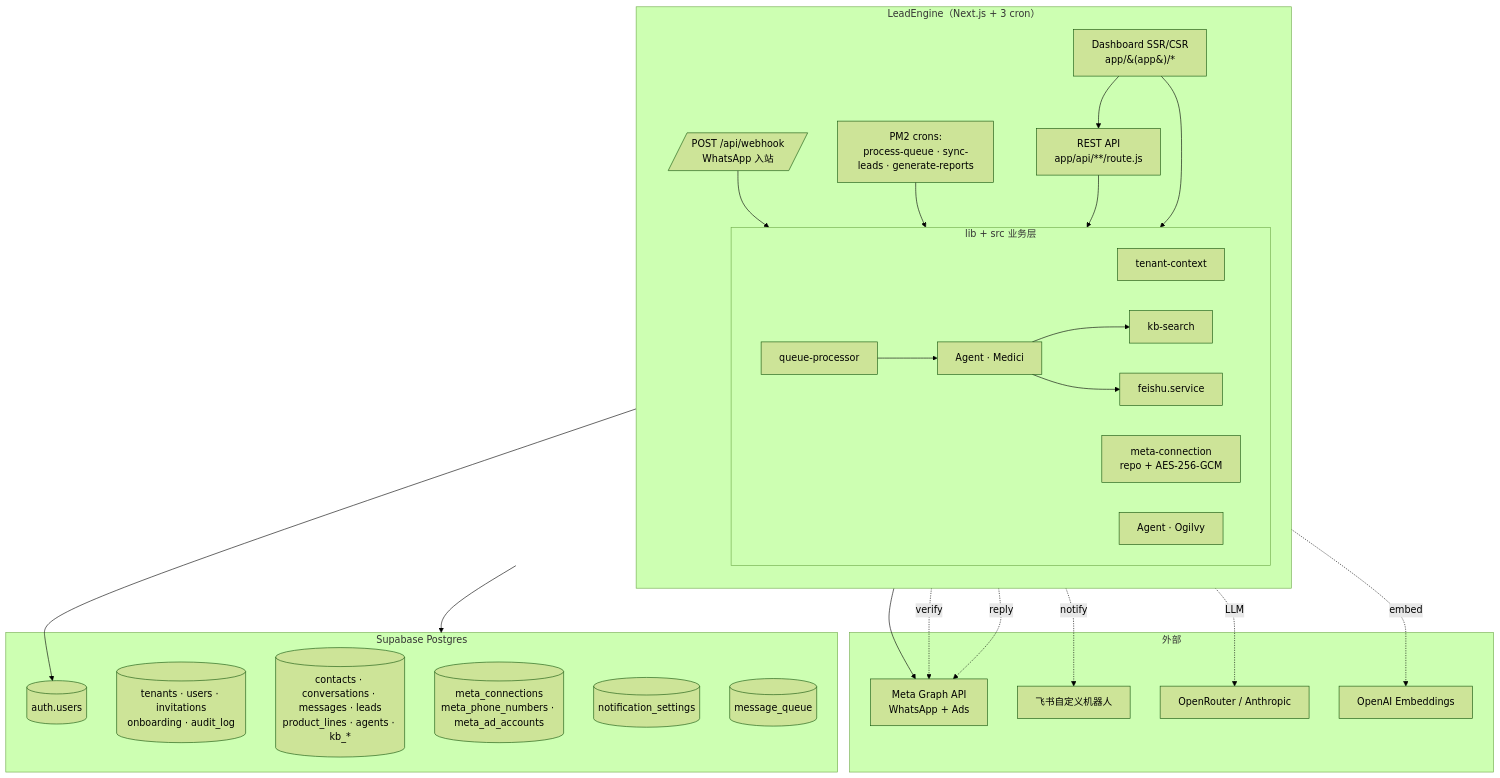
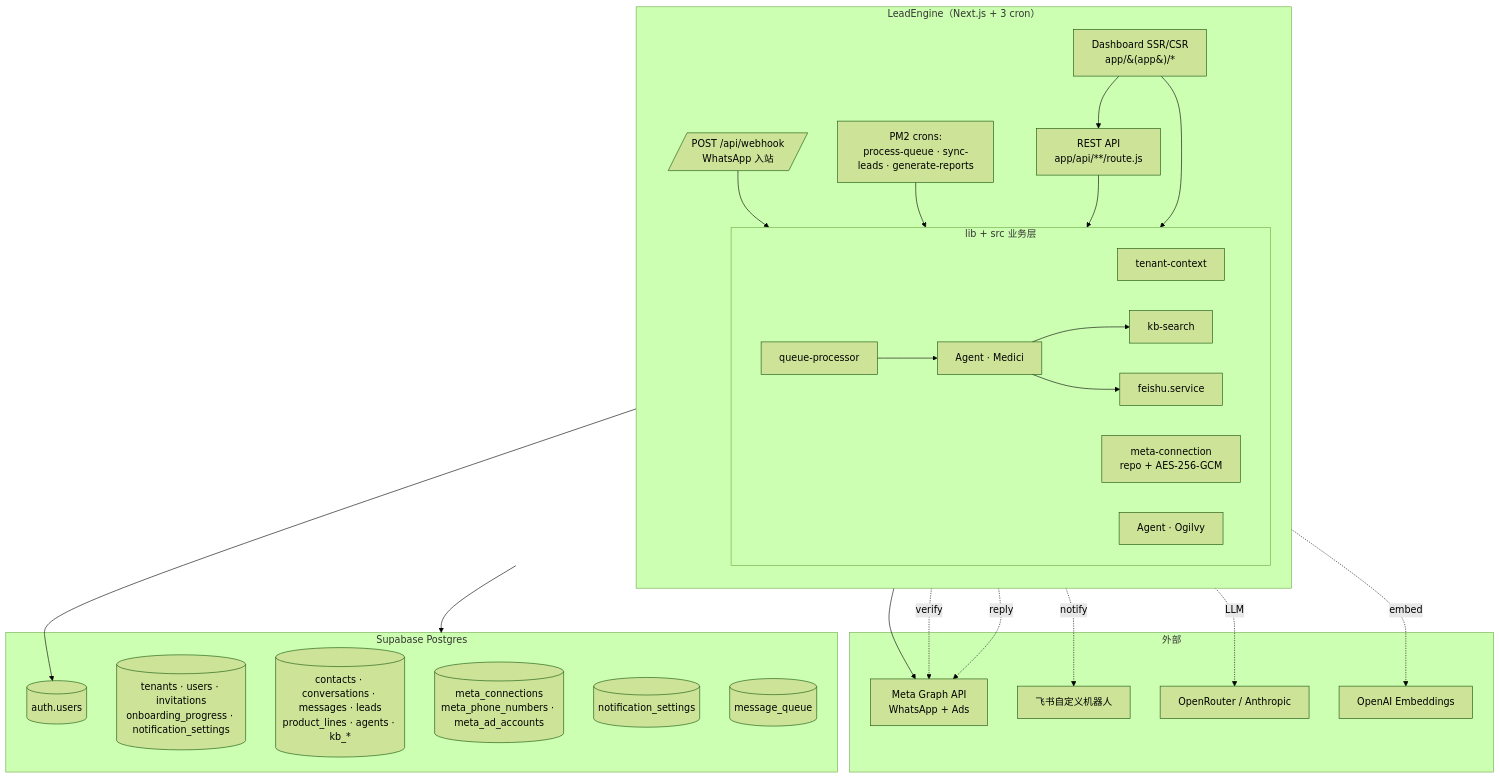
The first of 8 diagrams in README.md (Sciiaok/xuqiu-bot), drawn with Mermaid (forest theme) before and after one commit. The commit also changed other lines of this file and 3 other files, not shown here.

````diff
--- a/README.md
+++ b/README.md
@@ -42,55 +42,55 @@
 ```mermaid
 flowchart TB
   subgraph Ext["外部"]
     META[Meta Graph API<br/>WhatsApp + Ads]
     LARK[飞书自定义机器人]
     OPR[OpenRouter / Anthropic]
     OAI[OpenAI Embeddings]
   end
 
   subgraph App["LeadEngine（Next.js + 3 cron）"]
     direction TB
     UI[Dashboard SSR/CSR<br/>app/&#40;app&#41;/*]
     API[REST API<br/>app/api/**/route.js]
     WH[/POST /api/webhook<br/>WhatsApp 入站/]
     CRON[PM2 crons:<br/>process-queue · sync-leads · generate-reports]
 
     subgraph Domain["lib + src 业务层"]
       direction LR
       TENANT[tenant-context]
       META_CONN[meta-connection<br/>repo + AES-256-GCM]
       QUEUE[queue-processor]
       MEDICI[Agent · Medici]
       OGILVY[Agent · Ogilvy]
       KB[kb-search]
       FEISHU[feishu.service]
     end
 
     UI --> API
     WH --> QUEUE
     CRON --> QUEUE
     API --> TENANT
     QUEUE --> MEDICI
     MEDICI --> KB
     MEDICI --> FEISHU
     UI --> OGILVY
     OGILVY --> META
   end
 
   subgraph DB["Supabase Postgres"]
     AUTH[(auth.users)]
-    TENANTS[(tenants · users · invitations<br/>onboarding · audit_log)]
+    TENANTS[(tenants · users · invitations<br/>onboarding_progress · notification_settings)]
     BIZ[(contacts · conversations · messages · leads<br/>product_lines · agents · kb_*)]
     META_T[(meta_connections<br/>meta_phone_numbers · meta_ad_accounts)]
     NOTIF[(notification_settings)]
     QT[(message_queue)]
   end
 
   WH -.verify.-> META
   MEDICI -.reply.-> META
   MEDICI -.LLM.-> OPR
   KB -.embed.-> OAI
   FEISHU -.notify.-> LARK
   TENANT --> AUTH
   Domain --> DB
 ```
````
